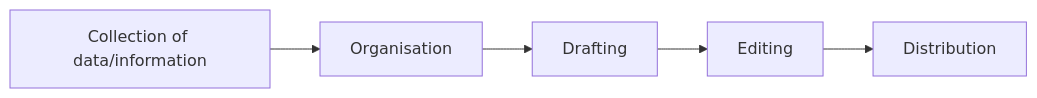
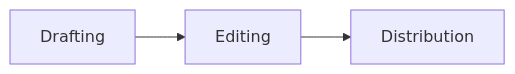
The second of 4 diagrams in myworkflow.md (giorgio-bendoni/giorgio-bendoni.github.io), drawn with Mermaid before and after one commit. The commit also changed other lines of this file, not shown here.

```diff
--- a/myworkflow.md
+++ b/myworkflow.md
@@ -20,7 +21,5 @@
 <div class="mermaid">
 graph LR
-  A[Collection of data/information] --> B[Organisation]
-  B --> C[Drafting]
-  C --> D[Editing]
-  D --> E[Distribution]
+  A[Drafting] --> B[Editing]
+  B --> C[Distribution]
 </div>
```
